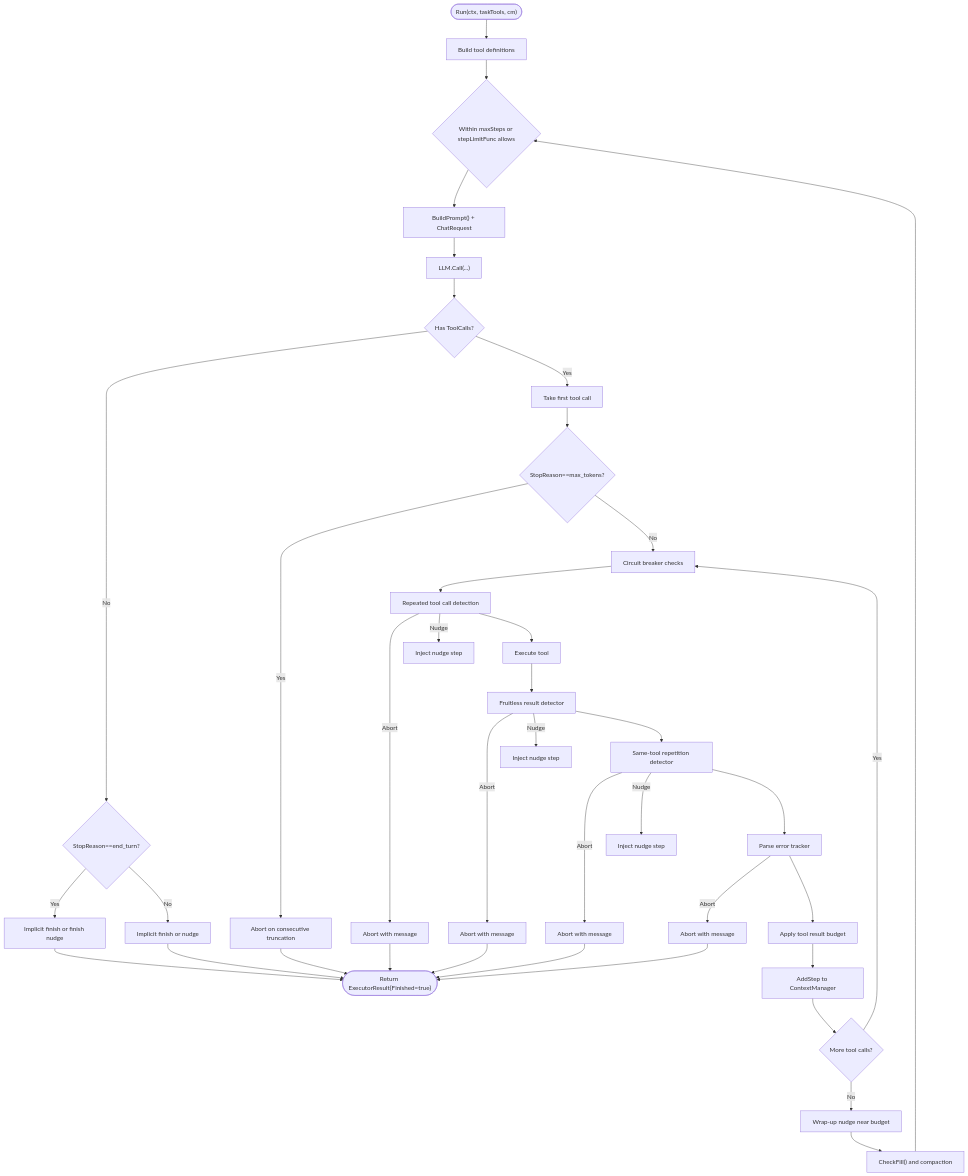
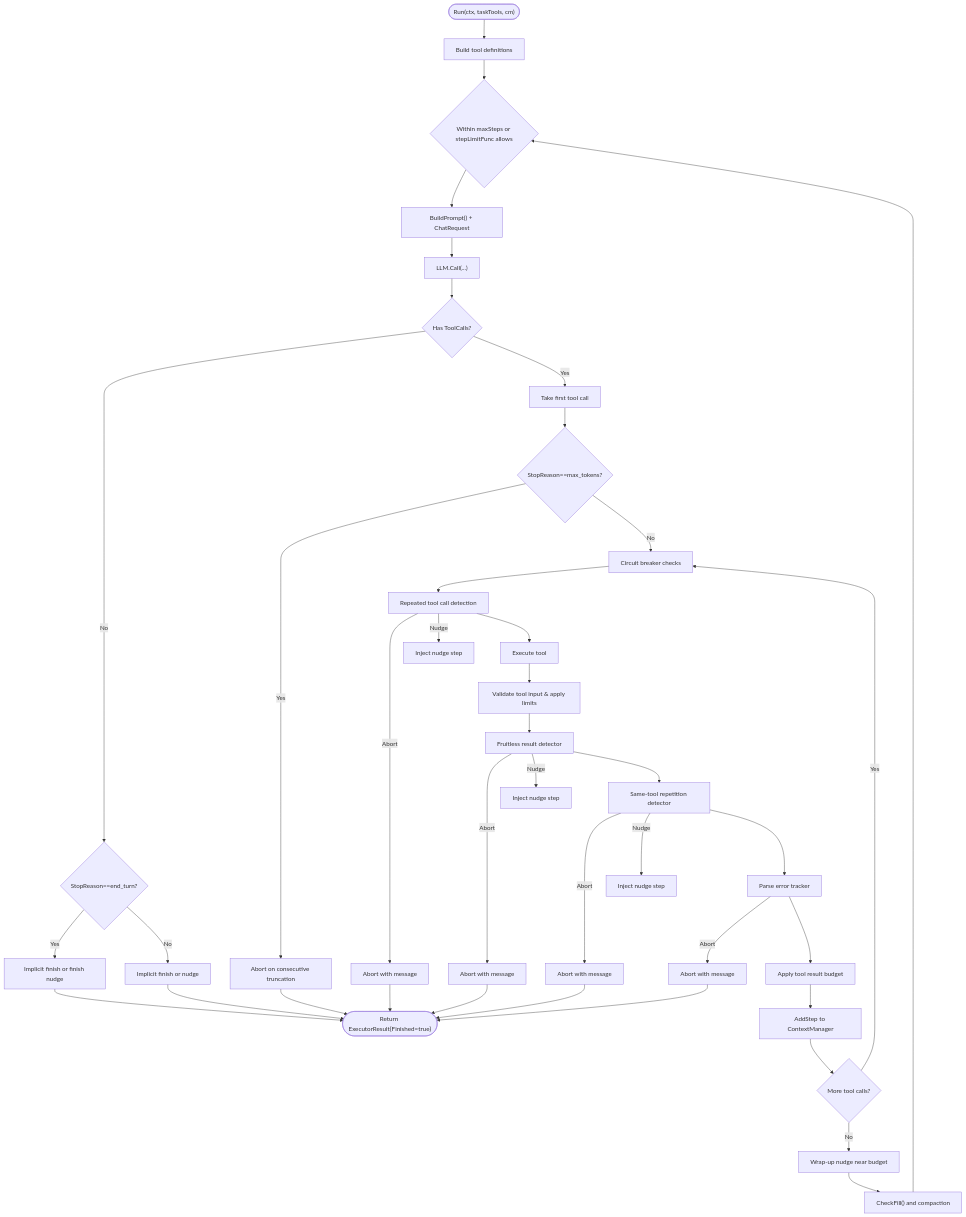
Before and after one commit to v0lka/c0wrk: the third of 10 diagrams in .qoder/repowiki/en/content/Core AI Engine/Agent Executor.md, drawn with Mermaid. The commit also changed other lines of this file and 8 other files, not shown here.

````diff
--- a/.qoder/repowiki/en/content/Core AI Engine/Agent Executor.md
+++ b/.qoder/repowiki/en/content/Core AI Engine/Agent Executor.md
@@ -161,41 +193,42 @@
 ```mermaid
 flowchart TD
 Start(["Run(ctx, taskTools, cm)"]) --> Build["Build tool definitions"]
 Build --> Loop{"Within maxSteps or stepLimitFunc allows"}
 Loop --> Prompt["BuildPrompt() + ChatRequest"]
 Prompt --> CallLLM["LLM.Call(...)"]
 CallLLM --> Resp{"Has ToolCalls?"}
 Resp --> |No| EndTurn{"StopReason==end_turn?"}
 EndTurn --> |Yes| Finish["Implicit finish or finish nudge"]
 EndTurn --> |No| FinishAlt["Implicit finish or nudge"]
 Resp --> |Yes| FirstCall["Take first tool call"]
 FirstCall --> Trunc{"StopReason==max_tokens?"}
 Trunc --> |Yes| AbortTrunc["Abort on consecutive truncation"]
 Trunc --> |No| Circuit["Circuit breaker checks"]
 Circuit --> Repeat["Repeated tool call detection"]
 Repeat --> |Abort| AbortRep["Abort with message"]
 Repeat --> |Nudge| InjectNudge["Inject nudge step"]
 Repeat --> Exec["Execute tool"]
-Exec --> Fruitless["Fruitless result detector"]
+Exec --> Validate["Validate tool input & apply limits"]
+Validate --> Fruitless["Fruitless result detector"]
 Fruitless --> |Abort| AbortFruit["Abort with message"]
 Fruitless --> |Nudge| InjectFruit["Inject nudge step"]
 Fruitless --> SameTool["Same-tool repetition detector"]
 SameTool --> |Abort| AbortSame["Abort with message"]
 SameTool --> |Nudge| InjectSame["Inject nudge step"]
 SameTool --> ParseErr["Parse error tracker"]
 ParseErr --> |Abort| AbortParse["Abort with message"]
 ParseErr --> Budget["Apply tool result budget"]
 Budget --> AddStep["AddStep to ContextManager"]
 AddStep --> NextCall{"More tool calls?"}
 NextCall --> |Yes| Circuit
 NextCall --> |No| WrapUp["Wrap-up nudge near budget"]
 WrapUp --> Fill["CheckFill() and compaction"]
 Fill --> Loop
 Finish --> Done(["Return ExecutorResult{Finished=true}"])
 FinishAlt --> Done
 AbortTrunc --> Done
 AbortRep --> Done
 AbortFruit --> Done
 AbortSame --> Done
 AbortParse --> Done
 ```
````
